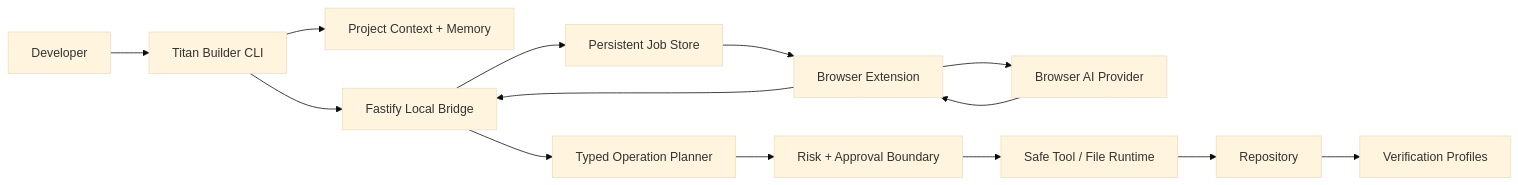
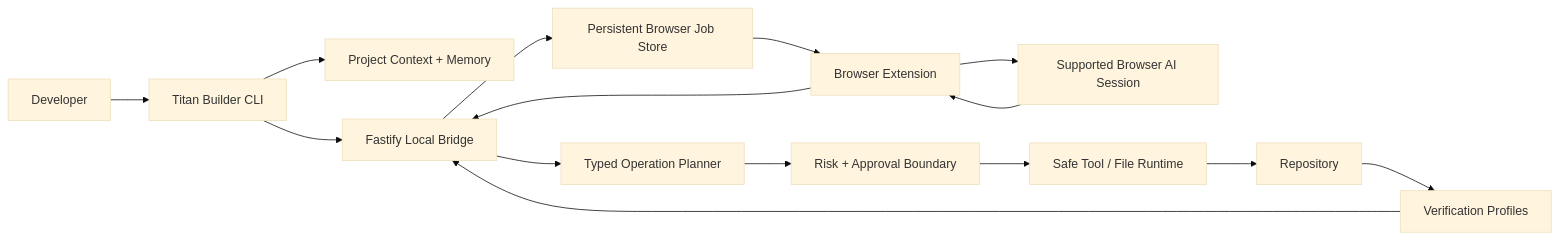
Before and after one commit to Masterleeaus/Titan-Builder: the diagram in README.md, drawn with Mermaid (base theme). The commit also changed other lines of this file and 4 other files, not shown here.

````diff
--- a/README.md
+++ b/README.md
@@ -41,16 +78,17 @@
 ```mermaid
 flowchart LR
     D[Developer] --> CLI[Titan Builder CLI]
     CLI --> C[Project Context + Memory]
     CLI --> S[Fastify Local Bridge]
-    S --> Q[Persistent Job Store]
+    S --> Q[Persistent Browser Job Store]
     Q --> E[Browser Extension]
-    E --> M[Browser AI Provider]
+    E --> M[Supported Browser AI Session]
     M --> E
     E --> S
     S --> O[Typed Operation Planner]
     O --> A[Risk + Approval Boundary]
     A --> T[Safe Tool / File Runtime]
     T --> R[Repository]
     R --> V[Verification Profiles]
+    V --> S
 ```
````
